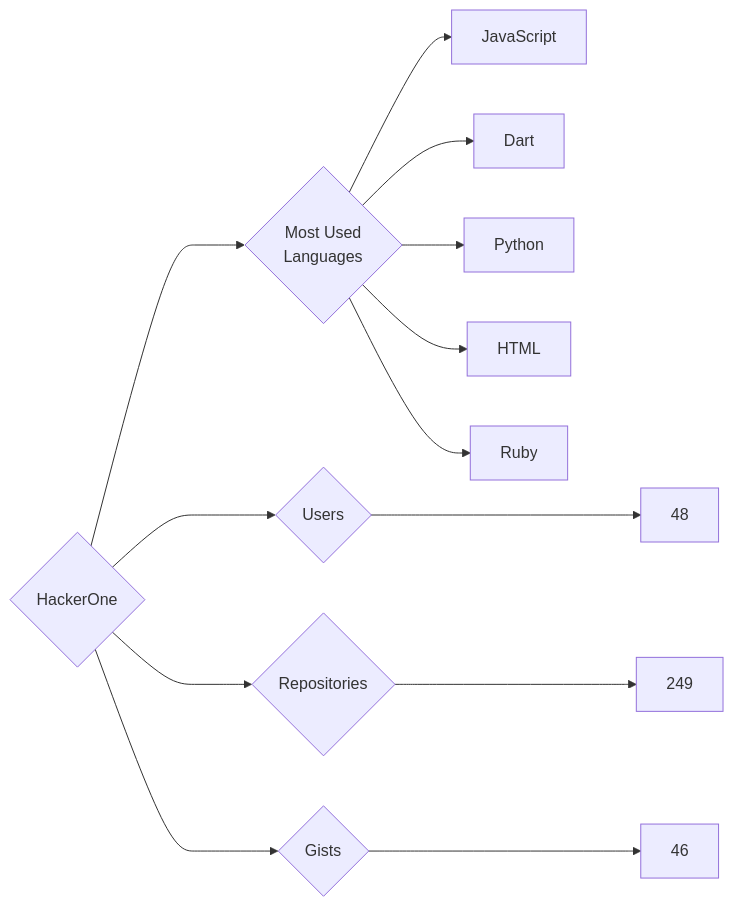
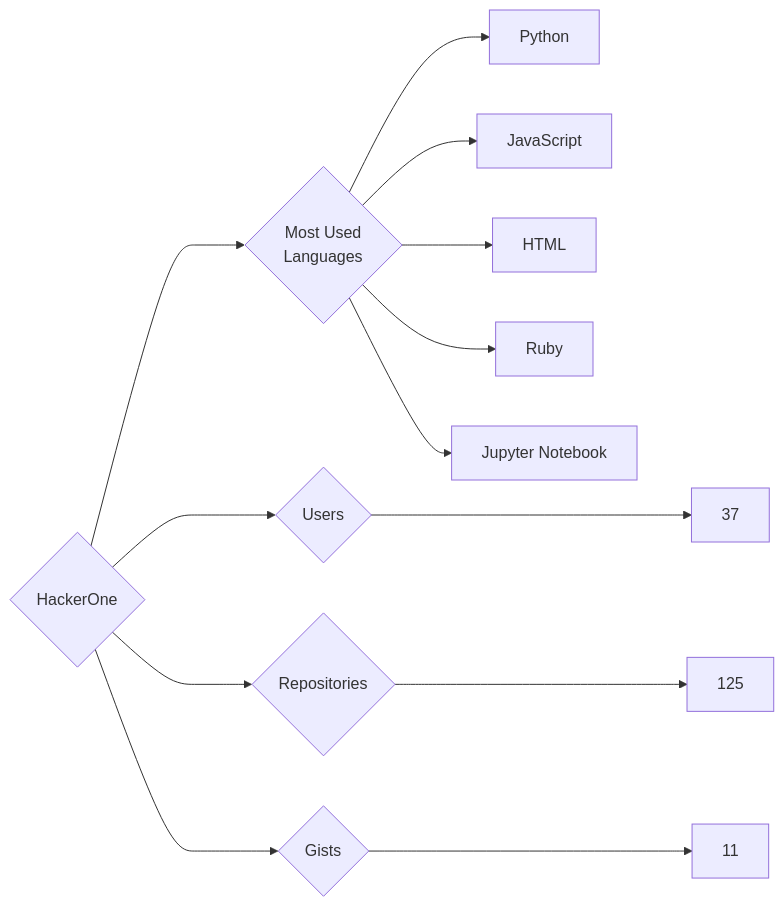
One commit to trickest/insiders changed the diagram in targets/HackerOne/README.md. Above: the diagram before and after it, drawn with Mermaid. The commit also changed 925 other files, not shown here.

````diff
--- a/targets/HackerOne/README.md
+++ b/targets/HackerOne/README.md
@@ -3,13 +3,13 @@
 ```mermaid
 graph LR
 COMPANY_NAME{HackerOne}
-COMPANY_NAME ---> U{Users} ---> UN[48]
-COMPANY_NAME ---> R{Repositories} ---> RN[249]
-COMPANY_NAME ---> G{Gists} ---> GN[46]
+COMPANY_NAME ---> U{Users} ---> UN[37]
+COMPANY_NAME ---> R{Repositories} ---> RN[125]
+COMPANY_NAME ---> G{Gists} ---> GN[11]
 COMPANY_NAME ---> ML{Most Used<br>Languages}
+ML --> Python[Python]
 ML --> JavaScript[JavaScript]
-ML --> Dart[Dart]
-ML --> Python[Python]
 ML --> HTML[HTML]
 ML --> Ruby[Ruby]
+ML --> Jupyter_Notebook[Jupyter Notebook]
 ```
````
